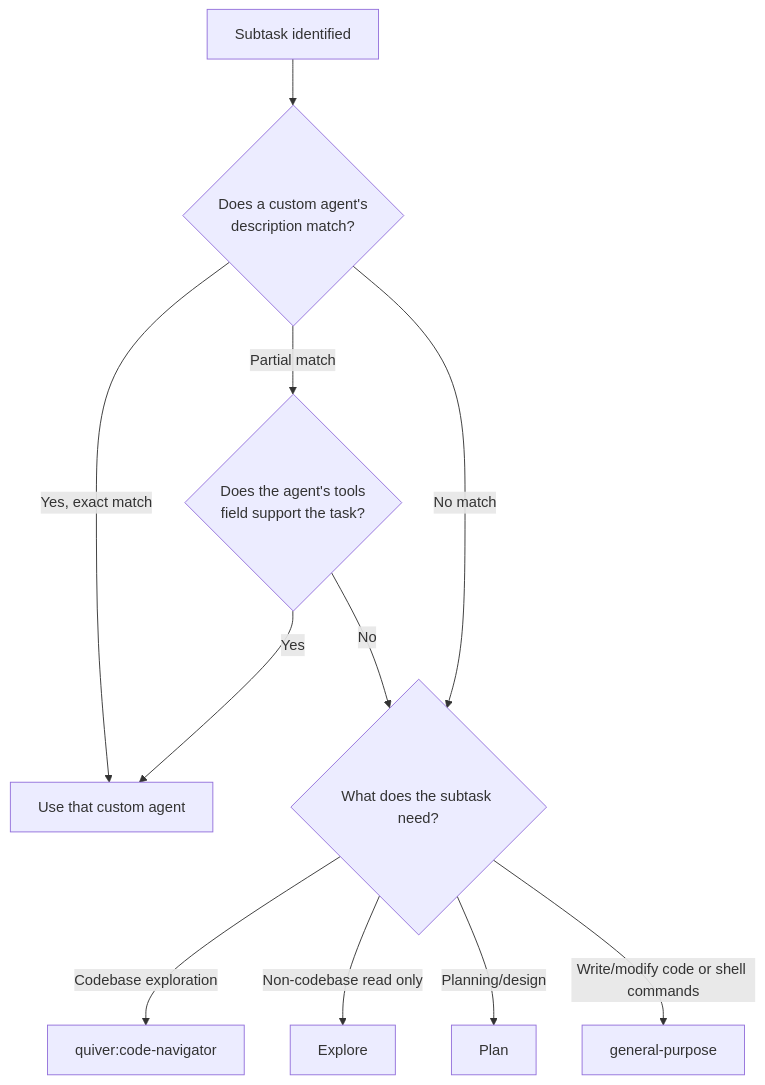
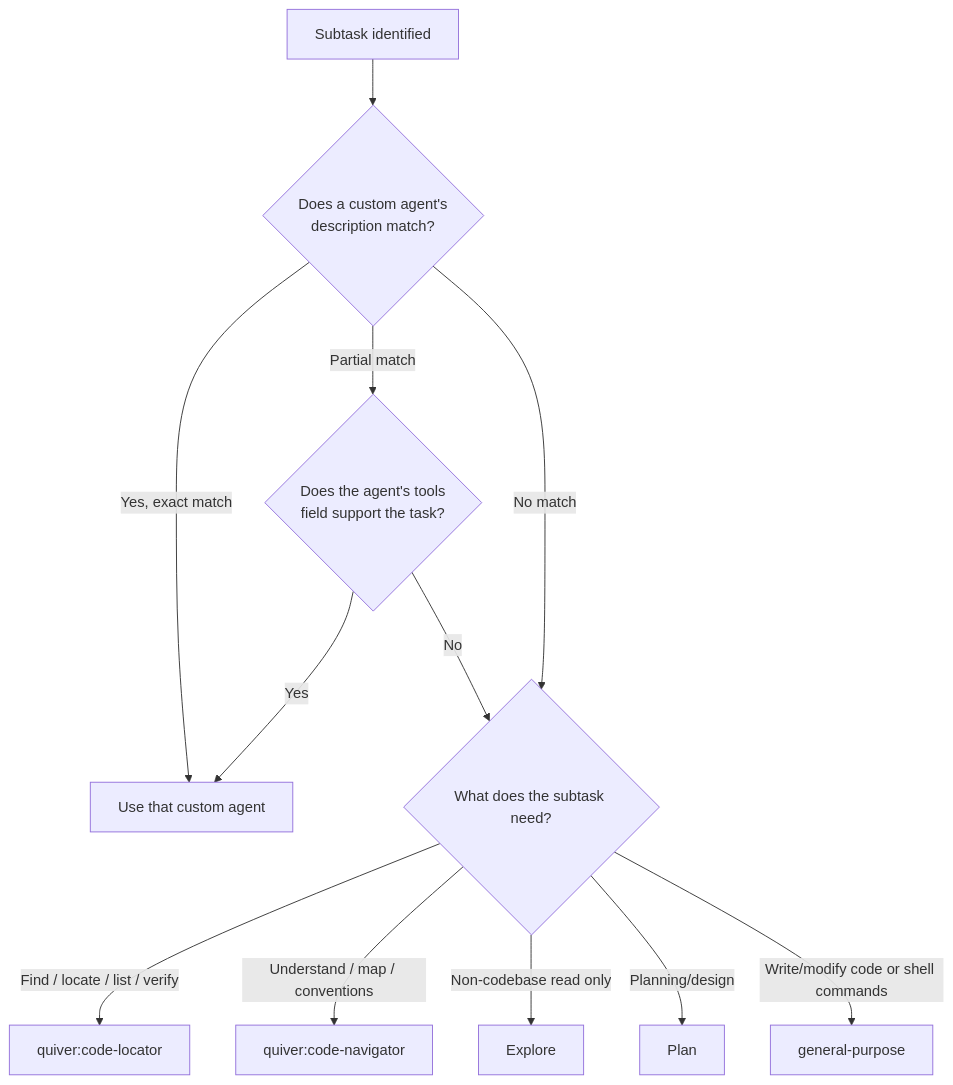
The fifth of 10 diagrams in skills/orchestrate-agents/SKILL.md (yagizdo/quiver), drawn with Mermaid before and after one commit. The commit also changed other lines of this file and 22 other files, not shown here.

First line of the commit message:
feat: add code-locator agent and SessionStart auto-dispatch hook (#32)

````diff
--- a/skills/orchestrate-agents/SKILL.md
+++ b/skills/orchestrate-agents/SKILL.md
@@ -258,15 +259,16 @@
 ```mermaid
 flowchart TD
     A[Subtask identified] --> B{Does a custom agent's<br/>description match?}
     B -->|Yes, exact match| C[Use that custom agent]
     B -->|Partial match| D{Does the agent's tools<br/>field support the task?}
     B -->|No match| E{What does the subtask need?}
 
     D -->|Yes| C
     D -->|No| E
 
-    E -->|Codebase exploration| F[quiver:code-navigator]
+    E -->|Find / locate / list / verify| F[quiver:code-locator]
+    E -->|Understand / map / conventions| FA[quiver:code-navigator]
     E -->|Non-codebase read only| G[Explore]
     E -->|Planning/design| H[Plan]
     E -->|Write/modify code or shell commands| I[general-purpose]
 ```
````
